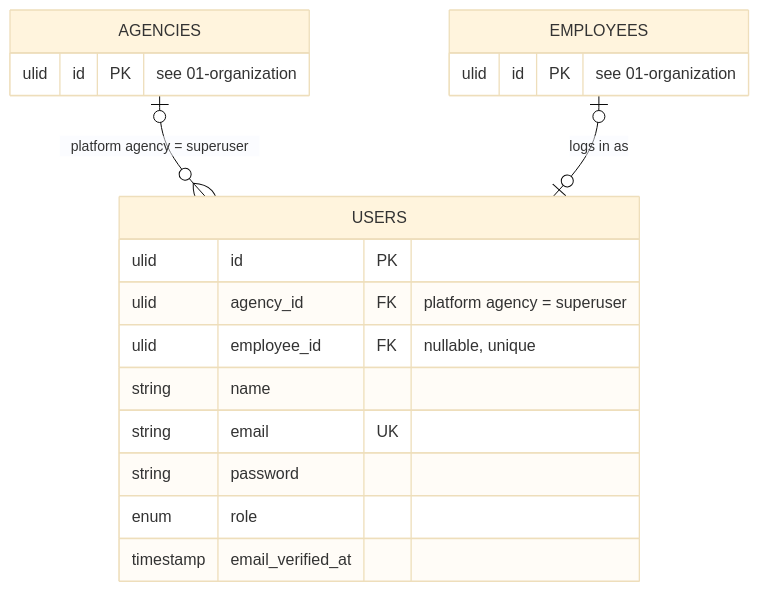
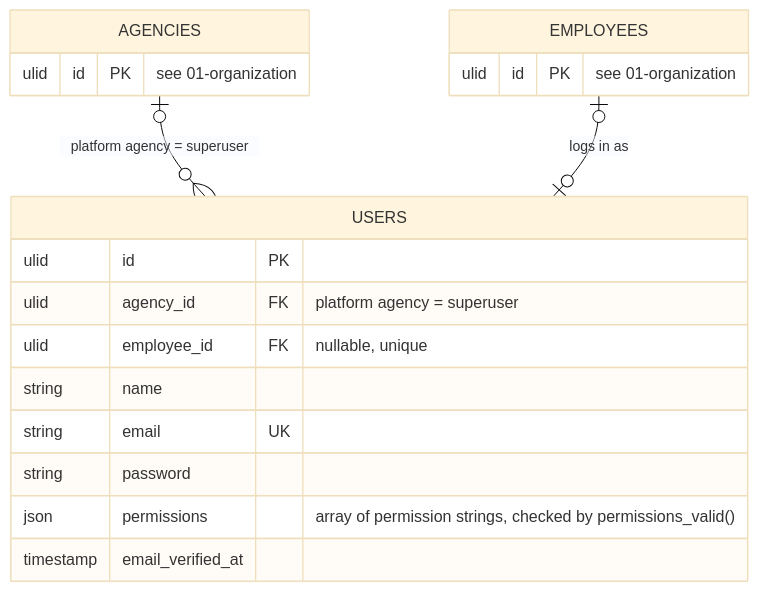
One commit to joowdx/khronoz changed the diagram in docs/design/02-access.md. Above: the diagram before and after it, drawn with Mermaid (base theme). The commit also changed other lines of this file and 5 other files, not shown here.

````diff
--- a/docs/design/02-access.md
+++ b/docs/design/02-access.md
@@ -3,22 +3,22 @@
 ```mermaid
 erDiagram
     AGENCIES  |o--o{ USERS : "platform agency = superuser"
     EMPLOYEES |o--o| USERS : "logs in as"
 
     USERS {
         ulid id PK
         ulid agency_id FK "platform agency = superuser"
         ulid employee_id FK "nullable, unique"
         string name
         string email UK
         string password
-        enum role
+        json permissions "array of permission strings, checked by permissions_valid()"
         timestamp email_verified_at
     }
     AGENCIES {
         ulid id PK "see 01-organization"
     }
     EMPLOYEES {
         ulid id PK "see 01-organization"
     }
 ```
````
